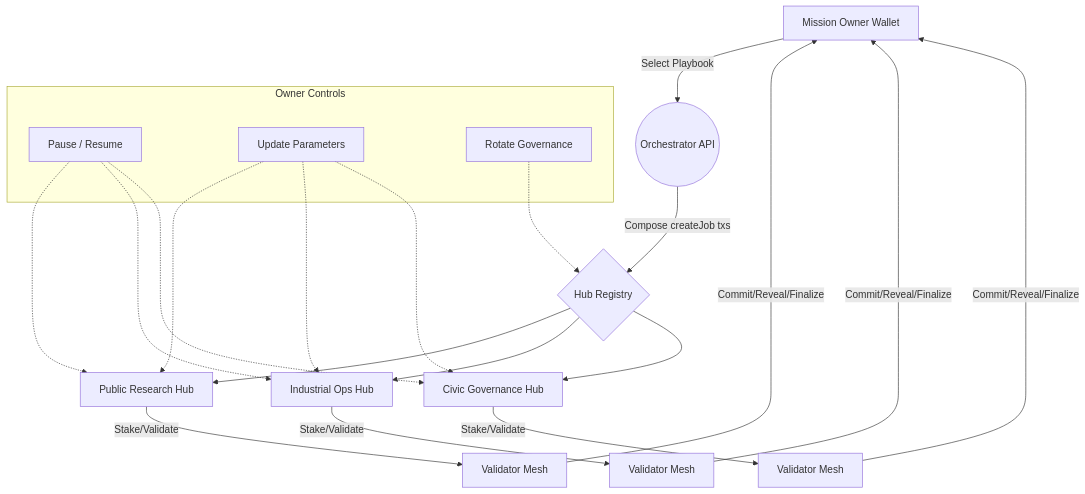
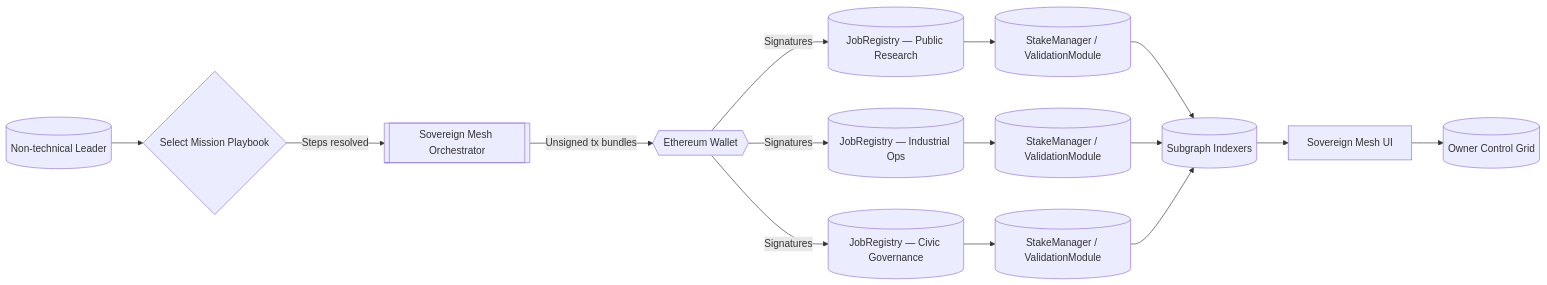
Before and after one commit to MontrealAI/AGIJobsv0: the diagram in demo/sovereign-mesh/README.md, drawn with Mermaid. The commit also changed other lines of this file and 20 other files, not shown here.

Commit message:
feat: deliver sovereign mesh demo

````diff
--- a/demo/sovereign-mesh/README.md
+++ b/demo/sovereign-mesh/README.md
@@ -54,26 +51,14 @@
 ```mermaid
-graph TD
-  A[Mission Owner Wallet] -->|Select Playbook| B((Orchestrator API))
-  B -->|Compose createJob txs| C{Hub Registry}
-  C --> D1[Public Research Hub]
-  C --> D2[Industrial Ops Hub]
-  C --> D3[Civic Governance Hub]
-  D1 -->|Stake/Validate| V1[Validator Mesh]
-  D2 -->|Stake/Validate| V2[Validator Mesh]
-  D3 -->|Stake/Validate| V3[Validator Mesh]
-  V1 -->|Commit/Reveal/Finalize| A
-  V2 -->|Commit/Reveal/Finalize| A
-  V3 -->|Commit/Reveal/Finalize| A
-  subgraph Owner Controls
-    E1[Pause / Resume]
-    E2[Update Parameters]
-    E3[Rotate Governance]
-  end
-  E1 -.-> D1
-  E1 -.-> D2
-  E1 -.-> D3
-  E2 -.-> D1
-  E2 -.-> D2
-  E2 -.-> D3
-  E3 -.-> C
+flowchart LR
+  A[(Non-technical Leader)] --> B{Select Mission Playbook}
+  B -->|Steps resolved| C[[Sovereign Mesh Orchestrator]]
+  C -->|Unsigned tx bundles| D{{Ethereum Wallet}}
+  D -->|Signatures| E1[(JobRegistry — Public Research)]
+  D -->|Signatures| E2[(JobRegistry — Industrial Ops)]
+  D -->|Signatures| E3[(JobRegistry — Civic Governance)]
+  E1 --> F1[(StakeManager / ValidationModule)]
+  E2 --> F2[(StakeManager / ValidationModule)]
+  E3 --> F3[(StakeManager / ValidationModule)]
+  F1 & F2 & F3 --> G[(Subgraph Indexers)] --> H["Sovereign Mesh UI"]
+  H --> I[(Owner Control Grid)]
 ```
````
